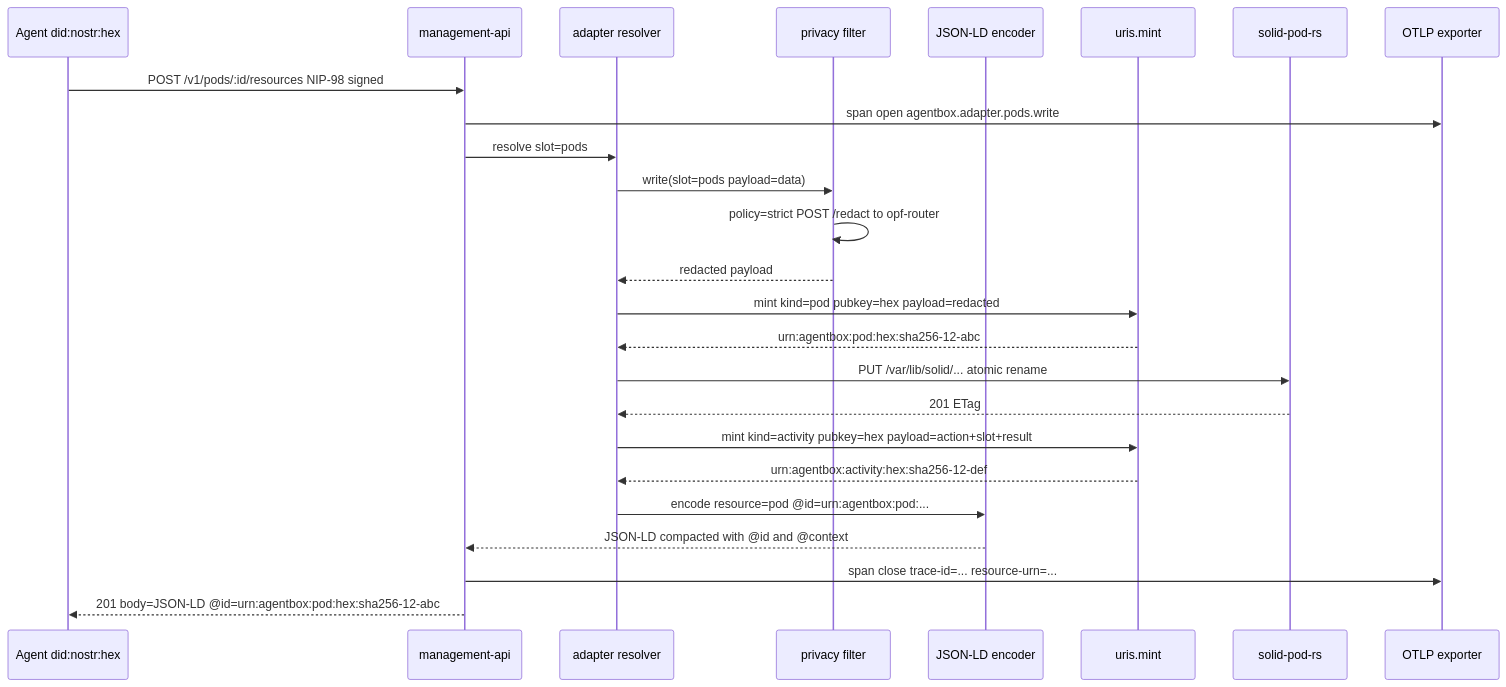
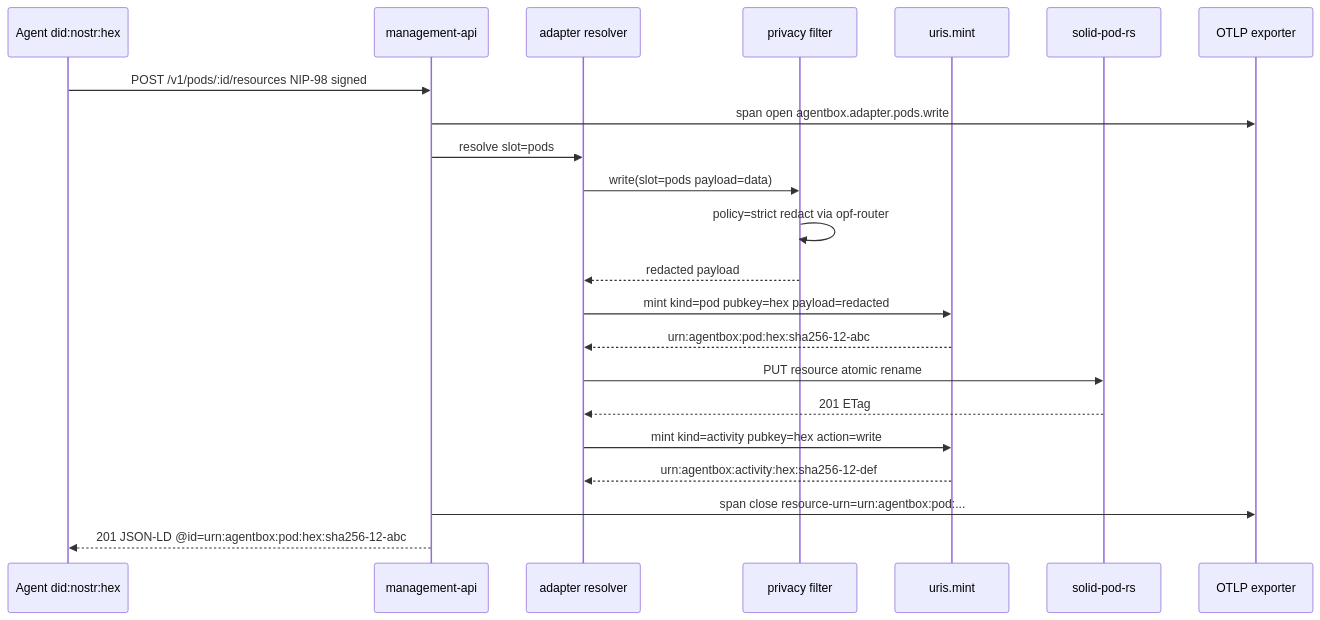
The second of 3 diagrams in README.md (DreamLab-AI/agentbox), drawn with Mermaid before and after one commit. The commit also changed other lines of this file, not shown here.

First line of the commit message:
docs: invert README pyramid — practical value first, architecture second

````diff
--- a/README.md
+++ b/README.md
@@ -83,28 +155,25 @@
 ```mermaid
 sequenceDiagram
     participant AG as Agent did:nostr:hex
     participant MA as management-api
     participant AR as adapter resolver
     participant PF as privacy filter
-    participant LD as JSON-LD encoder
     participant UM as uris.mint
     participant PO as solid-pod-rs
     participant OT as OTLP exporter
 
     AG->>MA: POST /v1/pods/:id/resources NIP-98 signed
     MA->>OT: span open agentbox.adapter.pods.write
     MA->>AR: resolve slot=pods
     AR->>PF: write(slot=pods payload=data)
-    PF->>PF: policy=strict POST /redact to opf-router
+    PF->>PF: policy=strict redact via opf-router
     PF-->>AR: redacted payload
     AR->>UM: mint kind=pod pubkey=hex payload=redacted
     UM-->>AR: urn:agentbox:pod:hex:sha256-12-abc
-    AR->>PO: PUT /var/lib/solid/... atomic rename
+    AR->>PO: PUT resource atomic rename
     PO-->>AR: 201 ETag
-    AR->>UM: mint kind=activity pubkey=hex payload=action+slot+result
+    AR->>UM: mint kind=activity pubkey=hex action=write
     UM-->>AR: urn:agentbox:activity:hex:sha256-12-def
-    AR->>LD: encode resource=pod @id=urn:agentbox:pod:...
-    LD-->>MA: JSON-LD compacted with @id and @context
-    MA->>OT: span close trace-id=... resource-urn=...
-    MA-->>AG: 201 body=JSON-LD @id=urn:agentbox:pod:hex:sha256-12-abc
+    MA->>OT: span close resource-urn=urn:agentbox:pod:...
+    MA-->>AG: 201 JSON-LD @id=urn:agentbox:pod:hex:sha256-12-abc
 ```
````
